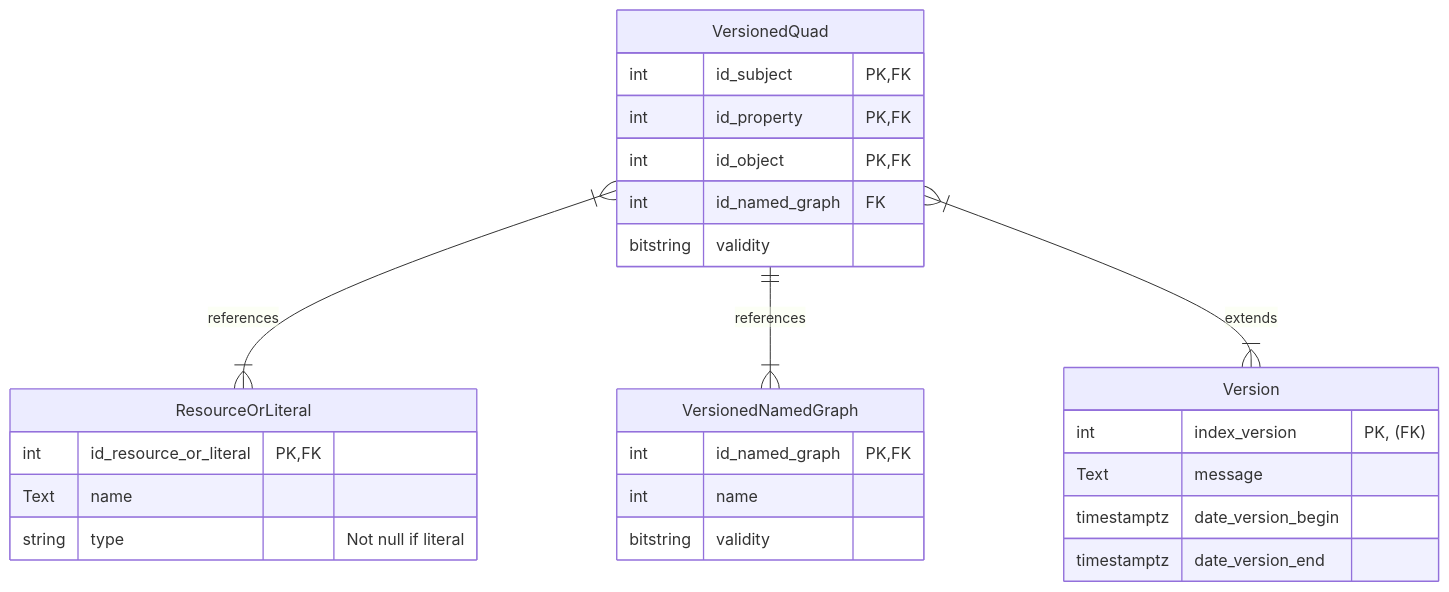
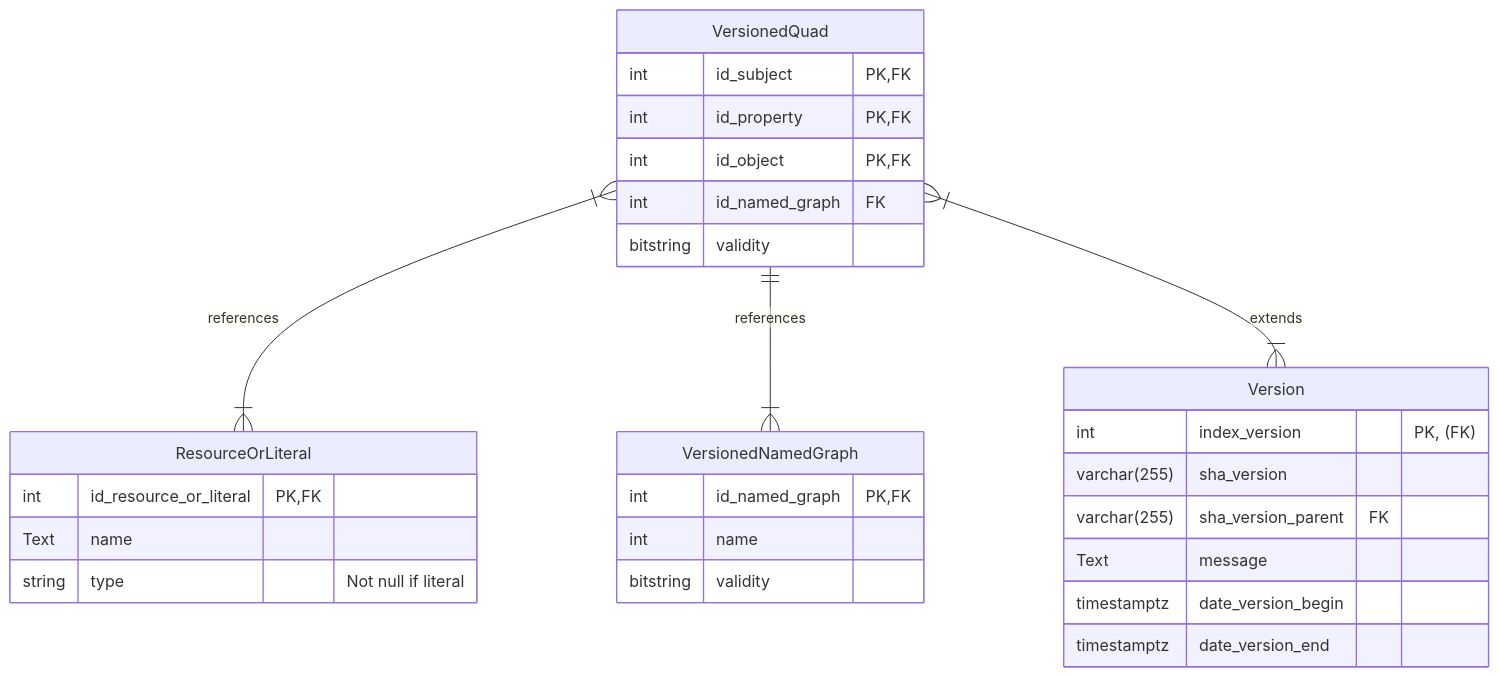
Before and after one commit to VCityTeam/ConVer-G: the first of 3 diagrams in Readme.md, drawn with Mermaid. The commit also changed 12 other files, not shown here.

Commit message:
Improved model: - Implemented city versions branches - Improved tests - Improved documentation - Added Graph version endpoint

````diff
--- a/Readme.md
+++ b/Readme.md
@@ -74,29 +74,31 @@
 ```mermaid
 erDiagram
     VersionedQuad |{--}| ResourceOrLiteral: references
     VersionedQuad ||--}| VersionedNamedGraph: references
     VersionedQuad |{--}| Version: extends
     VersionedQuad {
         int id_subject PK, FK
         int id_property PK, FK
         int id_object PK, FK
         int id_named_graph FK
         bitstring validity
     }
     VersionedNamedGraph {
         int id_named_graph PK, FK
         int name
         bitstring validity
     }
     ResourceOrLiteral {
         int id_resource_or_literal PK, FK
         Text name
         string type "Not null if literal"
     }
     Version {
         int index_version "PK, (FK)"
+        varchar(255) sha_version
+        varchar(255) sha_version_parent FK
         Text message
         timestamptz date_version_begin
         timestamptz date_version_end
     }
 ```
````
